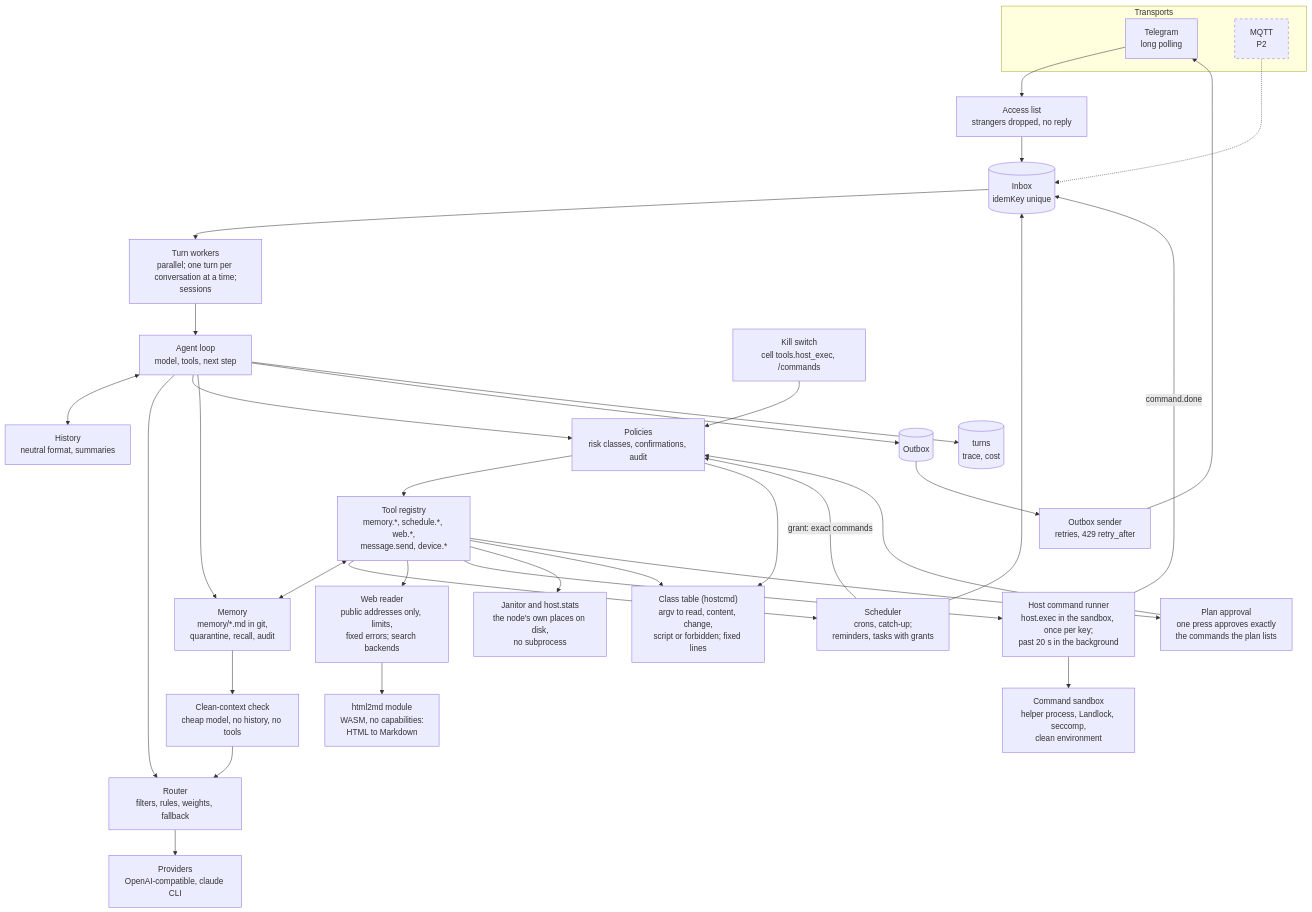
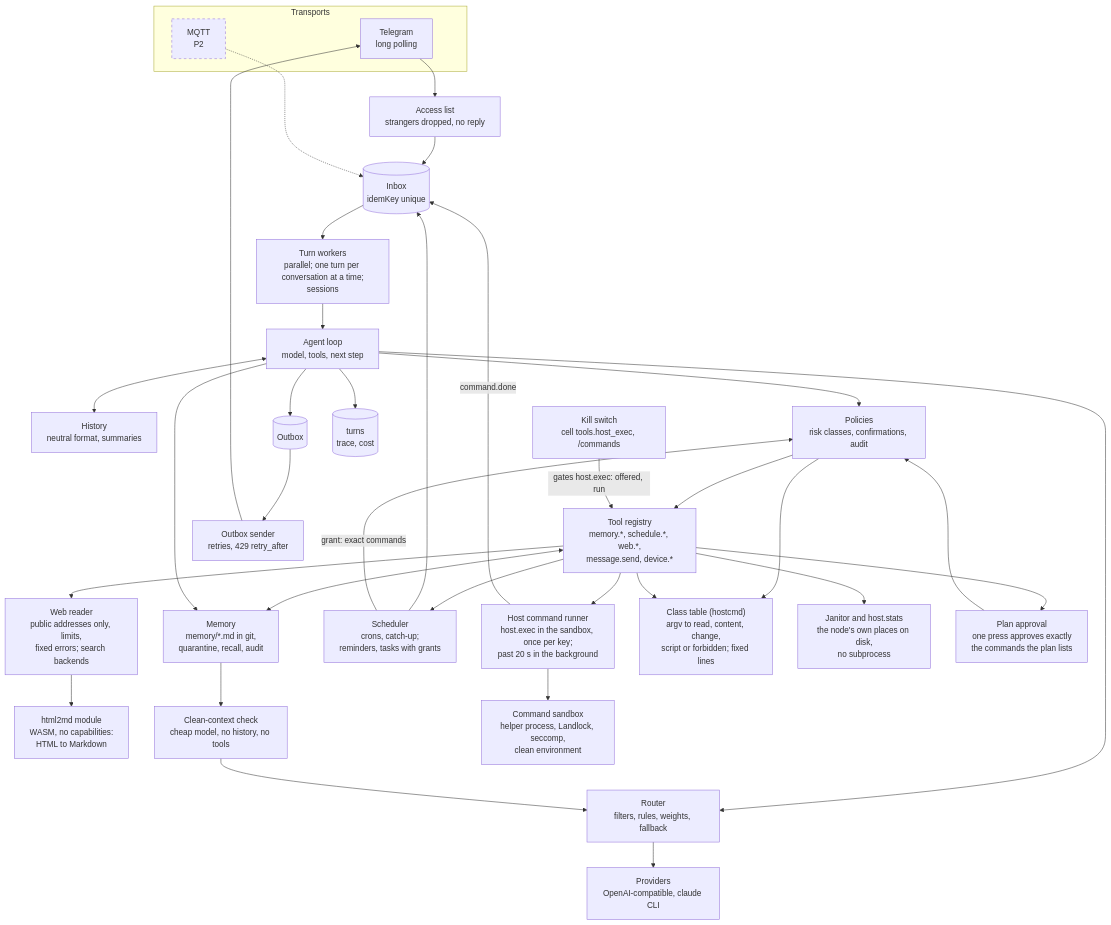
Before and after one commit to igorrius/ganglion: the first of 3 diagrams in docs/architecture/03-components.md, drawn with Mermaid. The commit also changed 8 other files, not shown here.

````diff
--- a/docs/architecture/03-components.md
+++ b/docs/architecture/03-components.md
@@ -8,67 +8,67 @@
 ```mermaid
 flowchart TB
     subgraph transports["Transports"]
         tgt["Telegram<br/>long polling"]
         mqt["MQTT<br/>P2"]
     end
 
     acl["Access list<br/>strangers dropped, no reply"]
     inbox[("Inbox<br/>idemKey unique")]
     actors["Turn workers<br/>parallel; one turn per conversation at a time;<br/>sessions"]
     loop["Agent loop<br/>model, tools, next step"]
     history["History<br/>neutral format, summaries"]
     router["Router<br/>filters, rules, weights, fallback"]
     providers["Providers<br/>OpenAI-compatible, claude CLI"]
     tools["Tool registry<br/>memory.*, schedule.*, web.*,<br/>message.send, device.*"]
     web["Web reader<br/>public addresses only, limits,<br/>fixed errors; search backends"]
     html2md["html2md module<br/>WASM, no capabilities:<br/>HTML to Markdown"]
     policies["Policies<br/>risk classes, confirmations, audit"]
     memory["Memory<br/>memory/*.md in git,<br/>quarantine, recall, audit"]
     guard["Clean-context check<br/>cheap model, no history, no tools"]
     sched["Scheduler<br/>crons, catch-up;<br/>reminders, tasks with grants"]
     hostrun["Host command runner<br/>host.exec in the sandbox, once per key;<br/>past 20 s in the background"]
     hostcmd["Class table (hostcmd)<br/>argv to read, content, change,<br/>script or forbidden; fixed lines"]
     sandbox["Command sandbox<br/>helper process, Landlock, seccomp,<br/>clean environment"]
     hostjan["Janitor and host.stats<br/>the node's own places on disk,<br/>no subprocess"]
     hostsw["Kill switch<br/>cell tools.host_exec, /commands"]
     planapp["Plan approval<br/>one press approves exactly<br/>the commands the plan lists"]
     outbox[("Outbox")]
     sender["Outbox sender<br/>retries, 429 retry_after"]
     turns[("turns<br/>trace, cost")]
 
     tgt --> acl
     acl --> inbox
     mqt -.-> inbox
     sched --> inbox
     inbox --> actors
     actors --> loop
     loop <--> history
     loop --> router
     router --> providers
     loop --> policies
     policies --> tools
     tools <--> memory
     loop --> memory
     memory --> guard
     guard --> router
     tools --> sched
     tools --> web
     tools --> hostrun
     tools --> hostjan
     policies --> hostcmd
     tools --> hostcmd
     tools --> planapp
     planapp --> policies
     sched -- "grant: exact commands" --> policies
-    hostsw --> policies
+    hostsw -- "gates host.exec: offered, run" --> tools
     hostrun --> sandbox
     hostrun -- "command.done" --> inbox
     web --> html2md
     loop --> outbox
     loop --> turns
     outbox --> sender
     sender --> tgt
 
     classDef planned stroke-dasharray: 5 5
     class mqt planned
 ```
````
